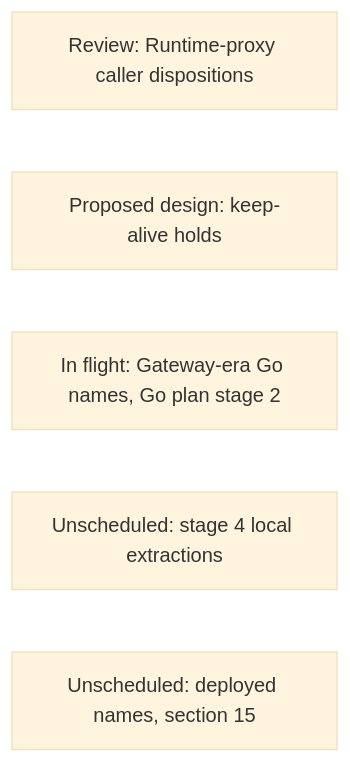
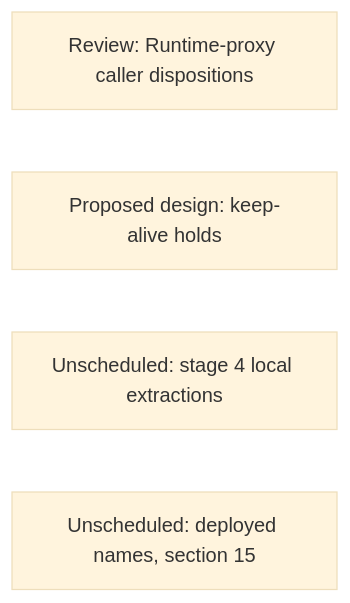
Before and after one commit to agentydragon/ducktape: diagram 20 of 20 in agentplane/plans/task_dag.md, drawn with Mermaid (base theme). The commit also changed other lines of this file and 1 other file, not shown here.

First line of the commit message:
Burn down Gateway-era Go names and record the delivery lease rollout

````diff
--- a/agentplane/plans/task_dag.md
+++ b/agentplane/plans/task_dag.md
@@ -3819,8 +3818,7 @@
 ```mermaid
 flowchart LR
     RUNTIME_PROXY_CALLER_AUDIT[Review: Runtime-proxy caller dispositions]
     ENVIRONMENT_KEEP_ALIVE_HOLDS[Proposed design: keep-alive holds]
-    GATEWAY_ERA_NAMES[In flight: Gateway-era Go names, Go plan stage 2]
     GO_LOCAL_EXTRACTIONS[Unscheduled: stage 4 local extractions]
     RUNNER_GATEWAY_RENAME[Unscheduled: deployed names, section 15]
 ```
````
